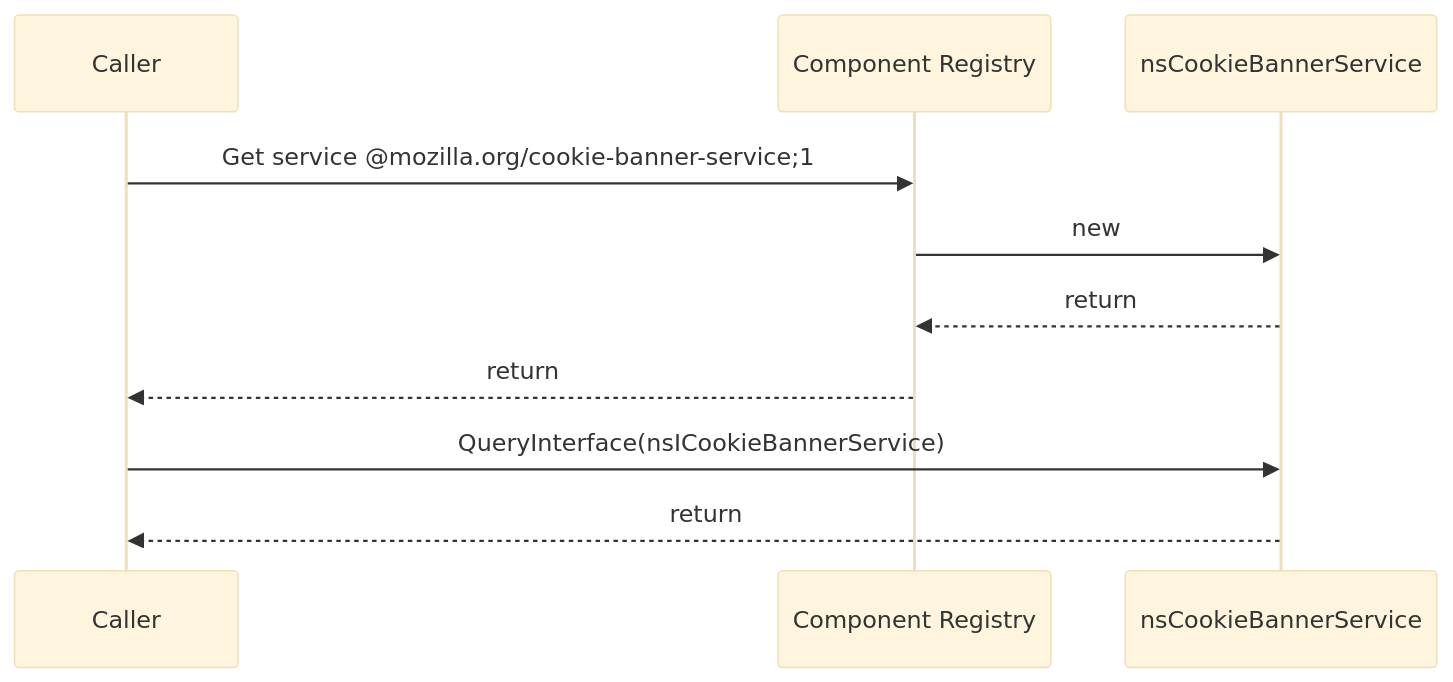
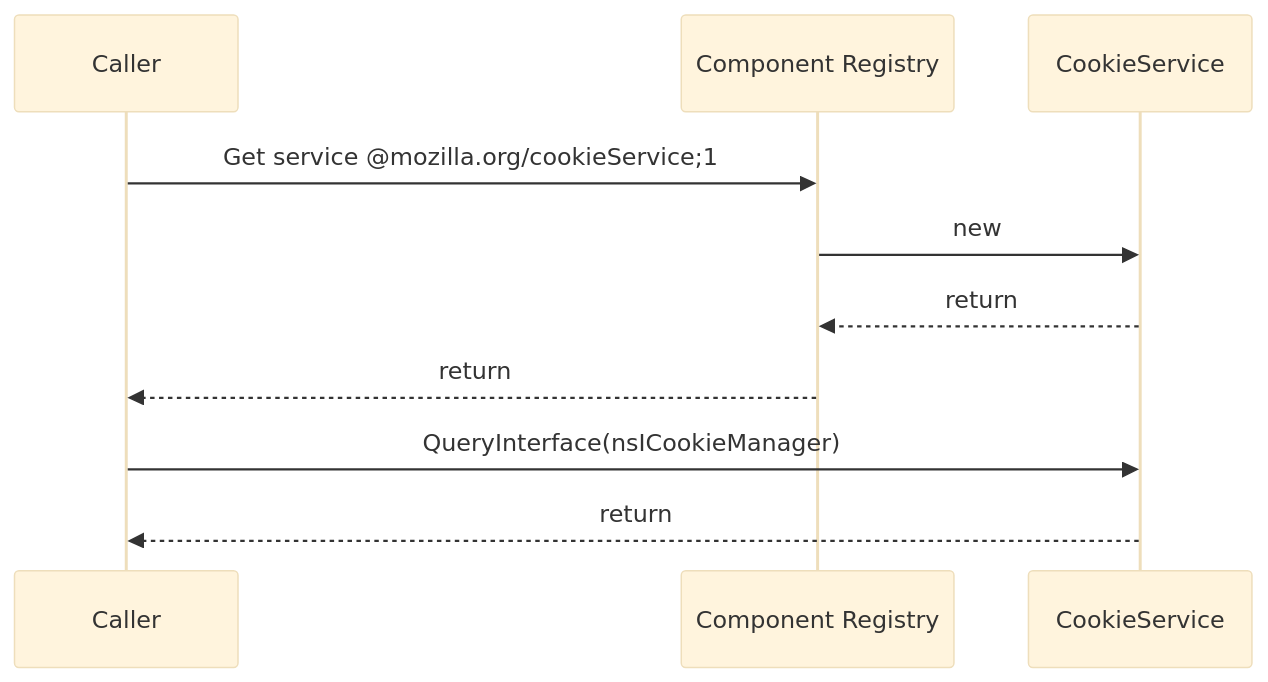
One commit to marco-c/gecko-dev-comments-removed changed the diagram in docs/overview/gecko.md. Above: the diagram before and after it, drawn with Mermaid (base theme). The commit also changed other lines of this file and 110 other files, not shown here.

````diff
--- a/docs/overview/gecko.md
+++ b/docs/overview/gecko.md
@@ -60,9 +60,9 @@
 ```{mermaid}
 sequenceDiagram
-    Caller->>Component Registry: Get service @mozilla.org/cookie-banner-service#59;1
-    Component Registry->>nsCookieBannerService: new
-    nsCookieBannerService-->>Component Registry: return
+    Caller->>Component Registry: Get service @mozilla.org/cookieService#59;1
+    Component Registry->>CookieService: new
+    CookieService-->>Component Registry: return
     Component Registry-->>Caller: return
-    Caller->>nsCookieBannerService: QueryInterface(nsICookieBannerService)
-    nsCookieBannerService-->>Caller: return
+    Caller->>CookieService: QueryInterface(nsICookieManager)
+    CookieService-->>Caller: return
 ```
````
